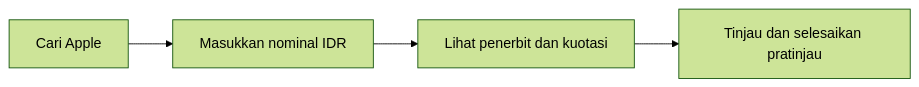
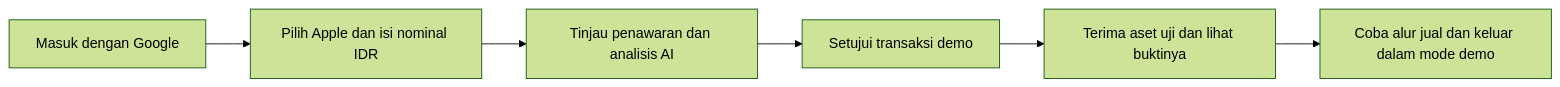
One commit to 1Stocks/1stocks changed the diagram in docs/product/PRD.md. Above: the diagram before and after it, drawn with Mermaid (forest theme). The commit also changed other lines of this file, not shown here.

Commit message:
docs(product): define the end-to-end demo acceptance

````diff
--- a/docs/product/PRD.md
+++ b/docs/product/PRD.md
@@ -13,6 +13,8 @@
 ```mermaid
 flowchart LR
-    A["Cari Apple"] --> B["Masukkan nominal IDR"]
-    B --> C["Lihat penerbit dan kuotasi"]
-    C --> D["Tinjau dan selesaikan pratinjau"]
+    A["Masuk dengan Google"] --> B["Pilih Apple dan isi nominal IDR"]
+    B --> C["Tinjau penawaran dan analisis AI"]
+    C --> D["Setujui transaksi demo"]
+    D --> E["Terima aset uji dan lihat buktinya"]
+    E --> F["Coba alur jual dan keluar dalam mode demo"]
 ```
````
